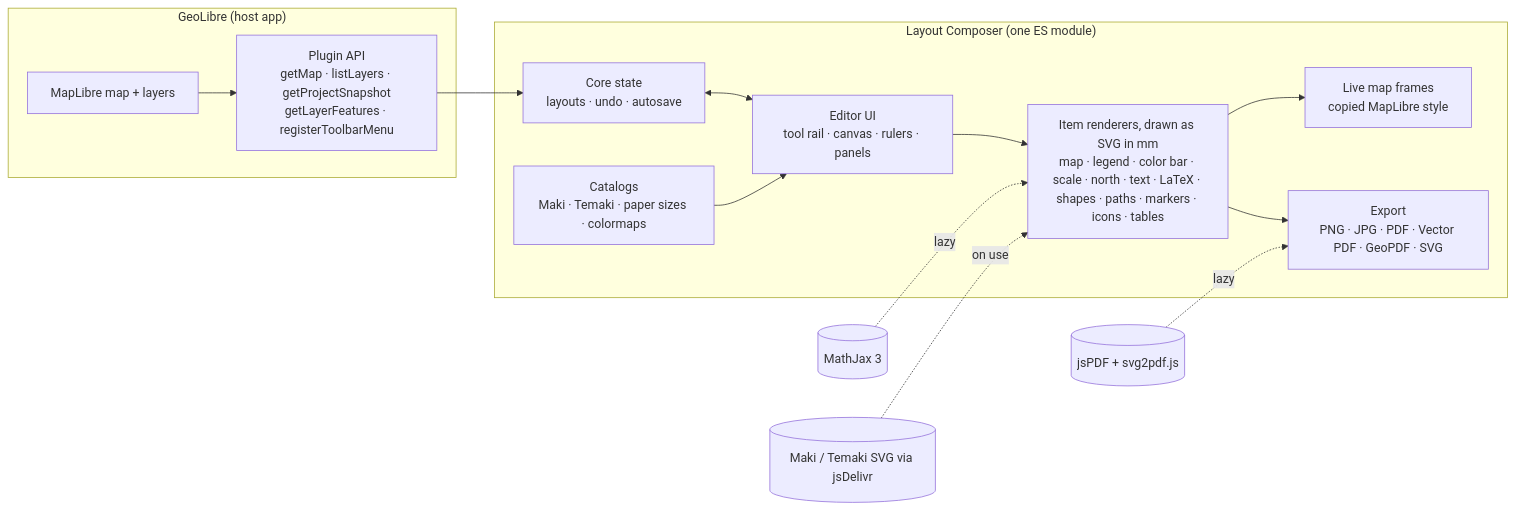
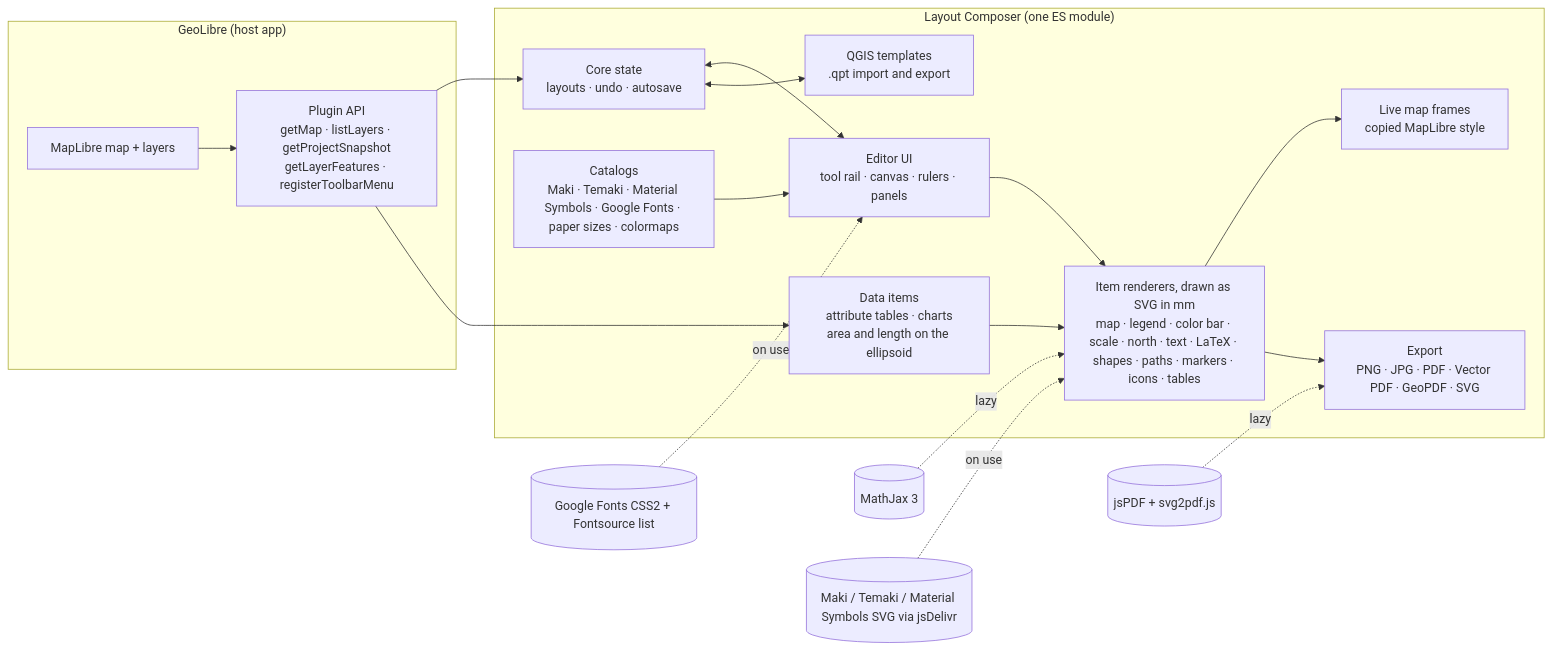
The first of 4 diagrams in README.md (Defani/Layout-Composer), drawn with Mermaid before and after one commit. The commit also changed other lines of this file and 51 other files, not shown here.

First line of the commit message:
v1.8.0: data tables and charts, QGIS .qpt exchange, Google icons and fonts, precise editing

````diff
--- a/README.md
+++ b/README.md
@@ -103,24 +118,29 @@
 ```mermaid
 flowchart LR
   subgraph Host["GeoLibre (host app)"]
     GL[MapLibre map + layers]
     API["Plugin API<br/>getMap · listLayers · getProjectSnapshot<br/>getLayerFeatures · registerToolbarMenu"]
   end
   subgraph Plugin["Layout Composer (one ES module)"]
     Core[Core state<br/>layouts · undo · autosave]
     UI[Editor UI<br/>tool rail · canvas · rulers · panels]
     Items[Item renderers, drawn as SVG in mm<br/>map · legend · color bar · scale · north · text · LaTeX · shapes · paths · markers · icons · tables]
     Maps[Live map frames<br/>copied MapLibre style]
-    Cat[Catalogs<br/>Maki · Temaki · paper sizes · colormaps]
+    Cat[Catalogs<br/>Maki · Temaki · Material Symbols · Google Fonts · paper sizes · colormaps]
+    Data[Data items<br/>attribute tables · charts<br/>area and length on the ellipsoid]
     Exp[Export<br/>PNG · JPG · PDF · Vector PDF · GeoPDF · SVG]
+    QPT[QGIS templates<br/>.qpt import and export]
   end
   GL --> API --> Core
   Core <--> UI
   UI --> Items
   Items --> Maps
   Cat --> UI
   Items --> Exp
+  API --> Data --> Items
+  Core <--> QPT
   MJ[(MathJax 3)] -.lazy.-> Items
   PDF[(jsPDF + svg2pdf.js)] -.lazy.-> Exp
-  ICN[(Maki / Temaki SVG via jsDelivr)] -.on use.-> Items
+  ICN[(Maki / Temaki / Material Symbols SVG via jsDelivr)] -.on use.-> Items
+  GF[(Google Fonts CSS2 + Fontsource list)] -.on use.-> UI
 ```
````
